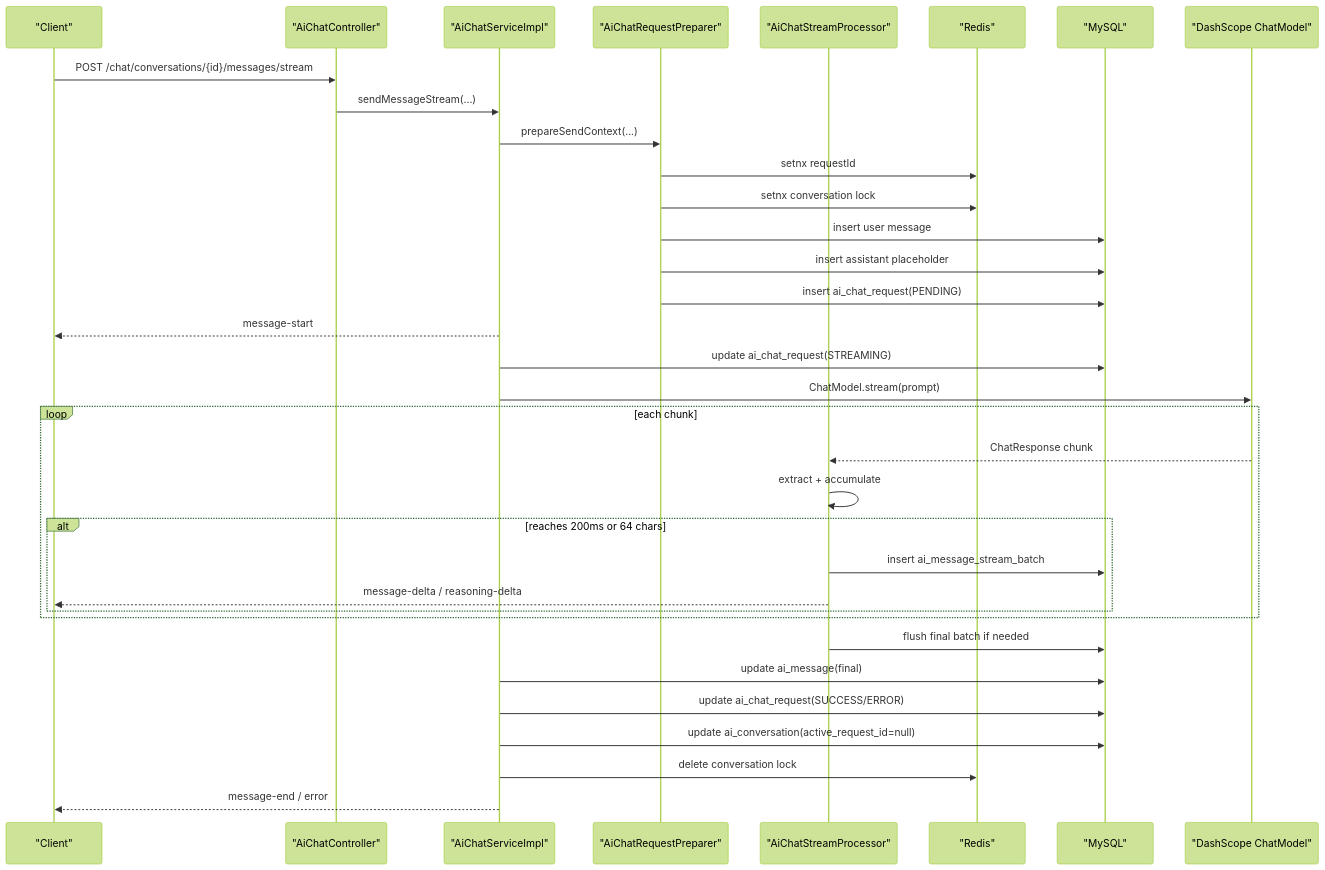
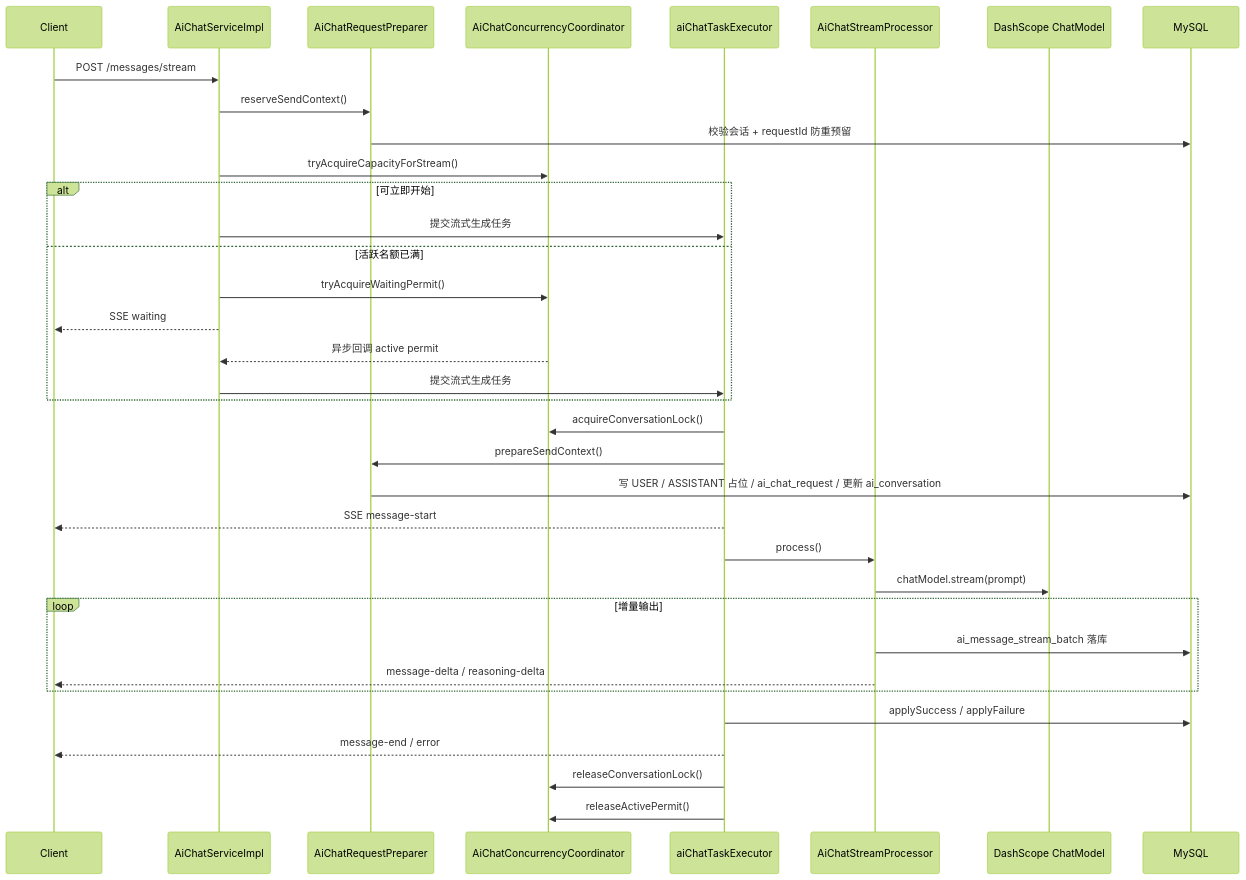
Before and after one commit to Askwayer/modular-hub: the third of 3 diagrams in docs/aichat/ai-chat-design.md, drawn with Mermaid (forest theme). The commit also changed other lines of this file and 16 other files, not shown here.

````diff
--- a/docs/aichat/ai-chat-design.md
+++ b/docs/aichat/ai-chat-design.md
@@ -309,37 +309,39 @@
 ```mermaid
 sequenceDiagram
-    participant Client as "Client"
-    participant Controller as "AiChatController"
-    participant Service as "AiChatServiceImpl"
-    participant Preparer as "AiChatRequestPreparer"
-    participant Streamer as "AiChatStreamProcessor"
-    participant Redis as "Redis"
-    participant DB as "MySQL"
-    participant Model as "DashScope ChatModel"
+    participant Client
+    participant Service as AiChatServiceImpl
+    participant Preparer as AiChatRequestPreparer
+    participant Concurrency as AiChatConcurrencyCoordinator
+    participant Worker as aiChatTaskExecutor
+    participant Stream as AiChatStreamProcessor
+    participant Model as DashScope ChatModel
+    participant DB as MySQL
 
-    Client->>Controller: POST /chat/conversations/{id}/messages/stream
-    Controller->>Service: sendMessageStream(...)
-    Service->>Preparer: prepareSendContext(...)
-    Preparer->>Redis: setnx requestId
-    Preparer->>Redis: setnx conversation lock
-    Preparer->>DB: insert user message
-    Preparer->>DB: insert assistant placeholder
-    Preparer->>DB: insert ai_chat_request(PENDING)
-    Service-->>Client: message-start
-    Service->>DB: update ai_chat_request(STREAMING)
-    Service->>Model: ChatModel.stream(prompt)
-    loop each chunk
-        Model-->>Streamer: ChatResponse chunk
-        Streamer->>Streamer: extract + accumulate
-        alt reaches 200ms or 64 chars
-            Streamer->>DB: insert ai_message_stream_batch
-            Streamer-->>Client: message-delta / reasoning-delta
-        end
+    Client->>Service: POST /messages/stream
+    Service->>Preparer: reserveSendContext()
+    Preparer->>DB: 校验会话 + requestId 防重预留
+    Service->>Concurrency: tryAcquireCapacityForStream()
+    alt 可立即开始
+        Service->>Worker: 提交流式生成任务
+    else 活跃名额已满
+        Service->>Concurrency: tryAcquireWaitingPermit()
+        Service-->>Client: SSE waiting
+        Concurrency-->>Service: 异步回调 active permit
+        Service->>Worker: 提交流式生成任务
     end
-    Streamer->>DB: flush final batch if needed
-    Service->>DB: update ai_message(final)
-    Service->>DB: update ai_chat_request(SUCCESS/ERROR)
-    Service->>DB: update ai_conversation(active_request_id=null)
-    Service->>Redis: delete conversation lock
-    Service-->>Client: message-end / error
+
+    Worker->>Concurrency: acquireConversationLock()
+    Worker->>Preparer: prepareSendContext()
+    Preparer->>DB: 写 USER / ASSISTANT 占位 / ai_chat_request / 更新 ai_conversation
+    Worker-->>Client: SSE message-start
+    Worker->>Stream: process()
+    Stream->>Model: chatModel.stream(prompt)
+    loop 增量输出
+        Stream->>DB: ai_message_stream_batch 落库
+        Stream-->>Client: message-delta / reasoning-delta
+    end
+    Worker->>DB: applySuccess / applyFailure
+    Worker-->>Client: message-end / error
+    Worker->>Concurrency: releaseConversationLock()
+    Worker->>Concurrency: releaseActivePermit()
 ```
````
